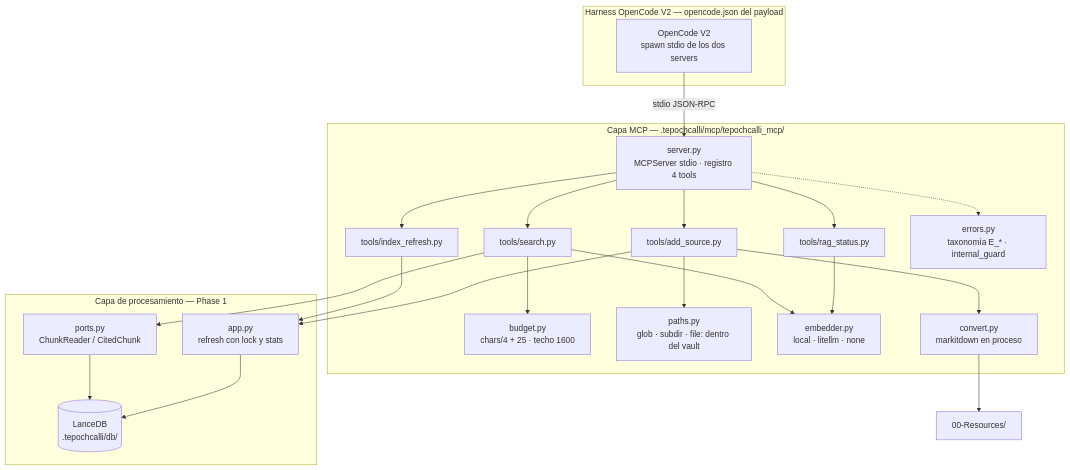
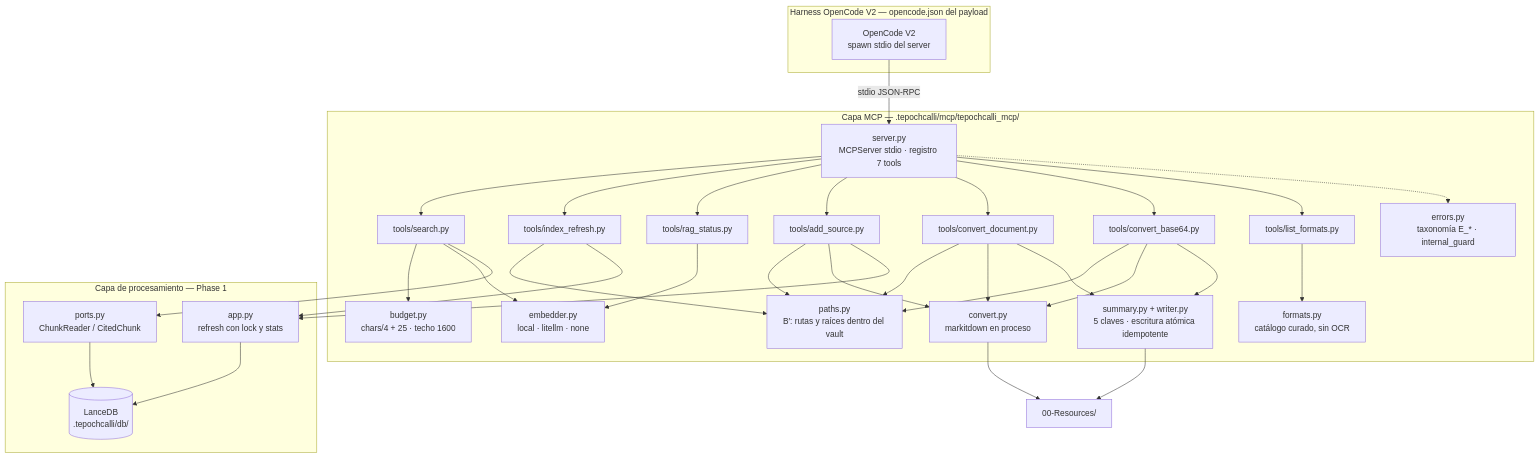
The fifth of 5 diagrams in docs/ARCHITECTURE.md (Fisherk2/tepochcalli-opencode), drawn with Mermaid before and after one commit. The commit also changed other lines of this file and 12 other files, not shown here.

````diff
--- a/docs/ARCHITECTURE.md
+++ b/docs/ARCHITECTURE.md
@@ -194,45 +192,62 @@
 ```mermaid
 graph TB
     subgraph HARNESS["Harness OpenCode V2 — opencode.json del payload"]
-        OC["OpenCode V2<br/>spawn stdio de los dos servers"]
+        OC["OpenCode V2<br/>spawn stdio del server"]
     end
 
     subgraph MCPL["Capa MCP — .tepochcalli/mcp/tepochcalli_mcp/"]
-        SRV["server.py<br/>MCPServer stdio · registro 4 tools"]
+        SRV["server.py<br/>MCPServer stdio · registro 7 tools"]
         TS["tools/search.py"]
         TR["tools/index_refresh.py"]
         TA["tools/rag_status.py"]
         TAD["tools/add_source.py"]
+        TCD["tools/convert_document.py"]
+        TCB["tools/convert_base64.py"]
+        TLF["tools/list_formats.py"]
         ERR["errors.py<br/>taxonomía E_* · internal_guard"]
         BUD["budget.py<br/>chars/4 + 25 · techo 1600"]
-        PATHS["paths.py<br/>glob · subdir · file: dentro del vault"]
+        PATHS["paths.py<br/>B′: rutas y raíces dentro del vault"]
+        SUM["summary.py + writer.py<br/>5 claves · escritura atómica idempotente"]
+        FMT["formats.py<br/>catálogo curado, sin OCR"]
         EMB["embedder.py<br/>local · litellm · none"]
         CONV["convert.py<br/>markitdown en proceso"]
     end
 
     subgraph ENGC["Capa de procesamiento — Phase 1"]
         PRT["ports.py<br/>ChunkReader / CitedChunk"]
         APP["app.py<br/>refresh con lock y stats"]
         DB[("LanceDB<br/>.tepochcalli/db/")]
     end
 
     RES["00-Resources/"]
 
     OC -->|"stdio JSON-RPC"| SRV
     SRV --> TS
     SRV --> TR
     SRV --> TA
     SRV --> TAD
+    SRV --> TCD
+    SRV --> TCB
+    SRV --> TLF
     SRV -.-> ERR
     TS --> BUD
     TS --> EMB
     TS --> PRT
+    TR --> PATHS
     TR --> APP
     TA --> EMB
     TAD --> PATHS
     TAD --> CONV
     TAD --> APP
+    TCD --> PATHS
+    TCD --> CONV
+    TCD --> SUM
+    TCB --> PATHS
+    TCB --> CONV
+    TCB --> SUM
+    TLF --> FMT
     CONV --> RES
+    SUM --> RES
     PRT --> DB
     APP --> DB
 ```
````
